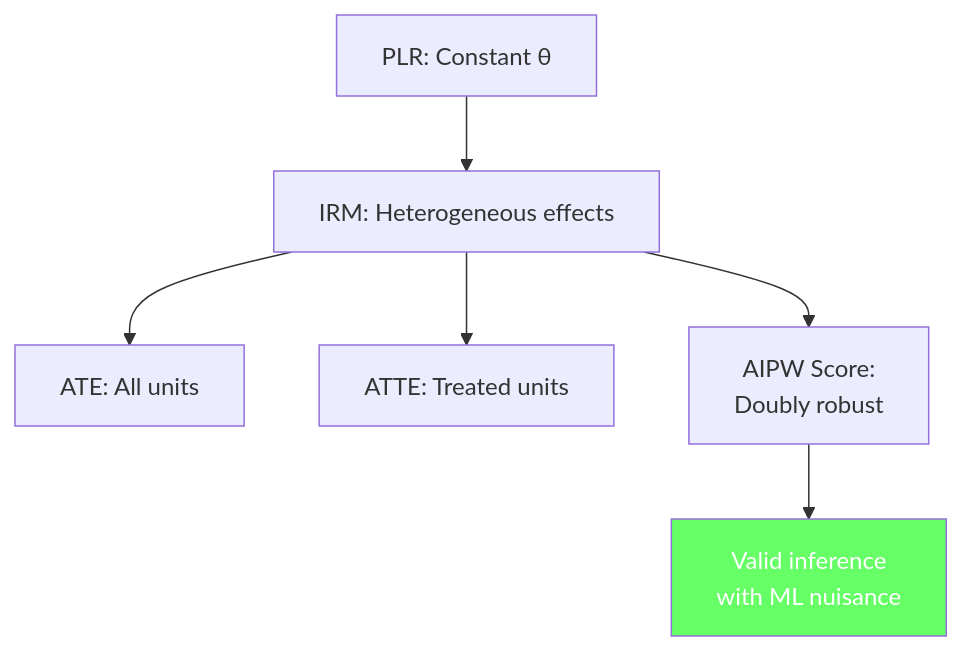
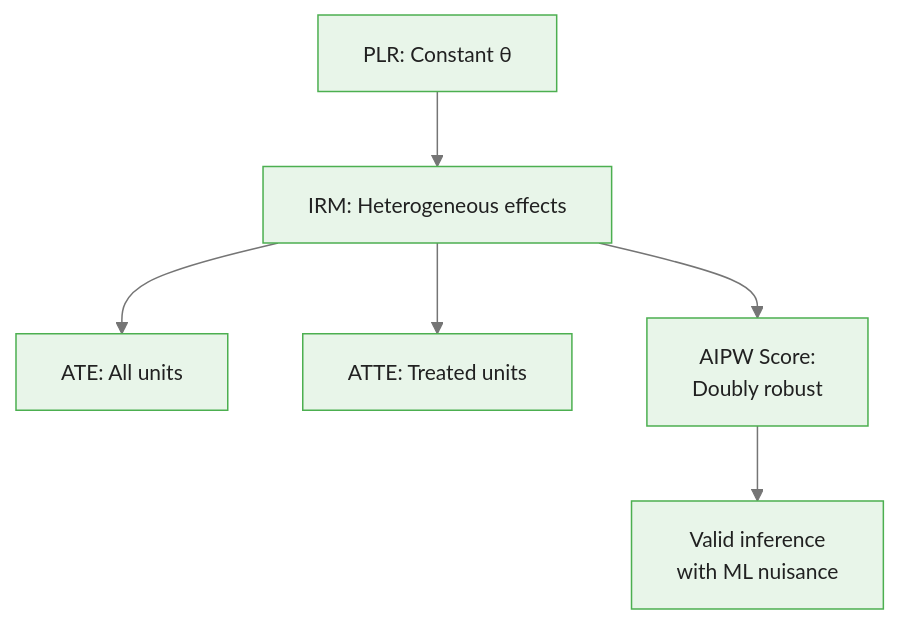
The second of 2 diagrams in courses/double-machine-learning/modules/module_06_interactive_regression/guides/01_interactive_regression_slides.md (m-deane/course-creator), drawn with Mermaid before and after one commit. The commit also changed other lines of this file and 40 other files, not shown here.

````diff
--- a/courses/double-machine-learning/modules/module_06_interactive_regression/guides/01_interactive_regression_slides.md
+++ b/courses/double-machine-learning/modules/module_06_interactive_regression/guides/01_interactive_regression_slides.md
@@ -202,9 +219,9 @@
 ```mermaid
+%%{init: {"theme": "base", "themeVariables": {"primaryColor": "#e8f5e9", "primaryBorderColor": "#4caf50", "primaryTextColor": "#212121", "secondaryColor": "#e3f2fd", "tertiaryColor": "#fff8e1", "lineColor": "#757575", "fontFamily": "Inter, sans-serif", "fontSize": "14px"}}}%%
 flowchart TD
     PLR["PLR: Constant θ"] --> IRM["IRM: Heterogeneous effects"]
     IRM --> ATE["ATE: All units"]
     IRM --> ATTE["ATTE: Treated units"]
     IRM --> AIPW["AIPW Score:<br/>Doubly robust"]
     AIPW --> Valid["Valid inference<br/>with ML nuisance"]
-    style Valid fill:#6f6,color:#fff
 ```
````
